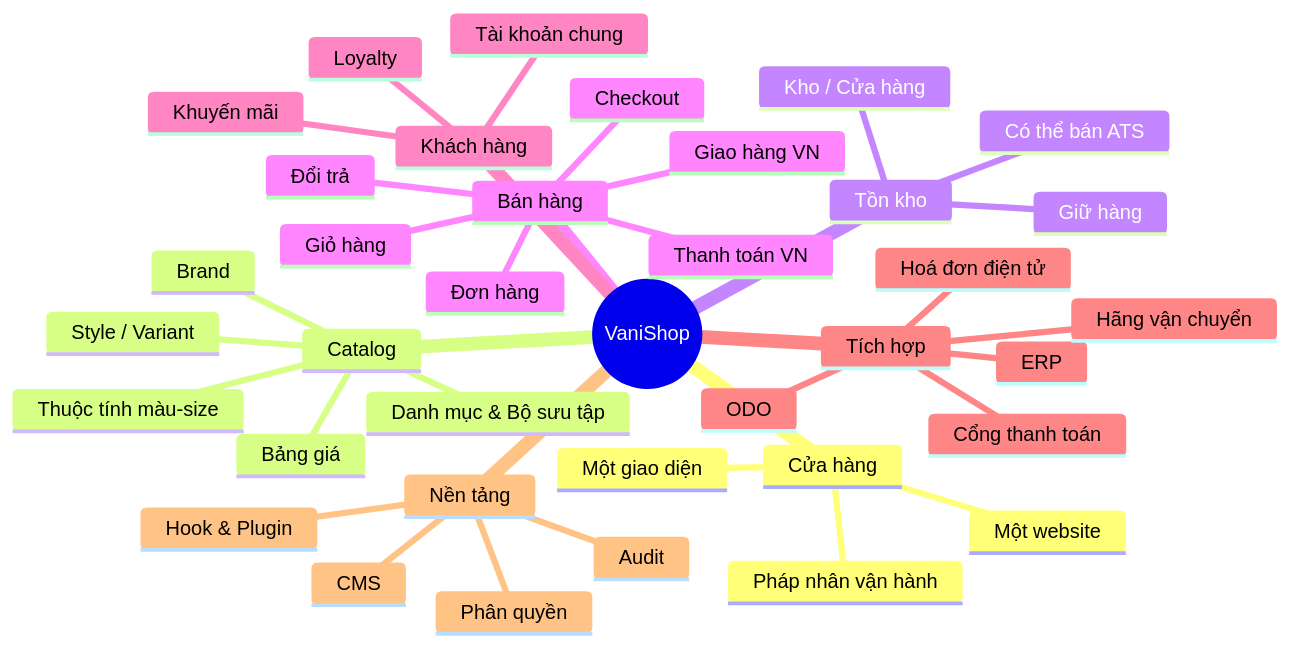
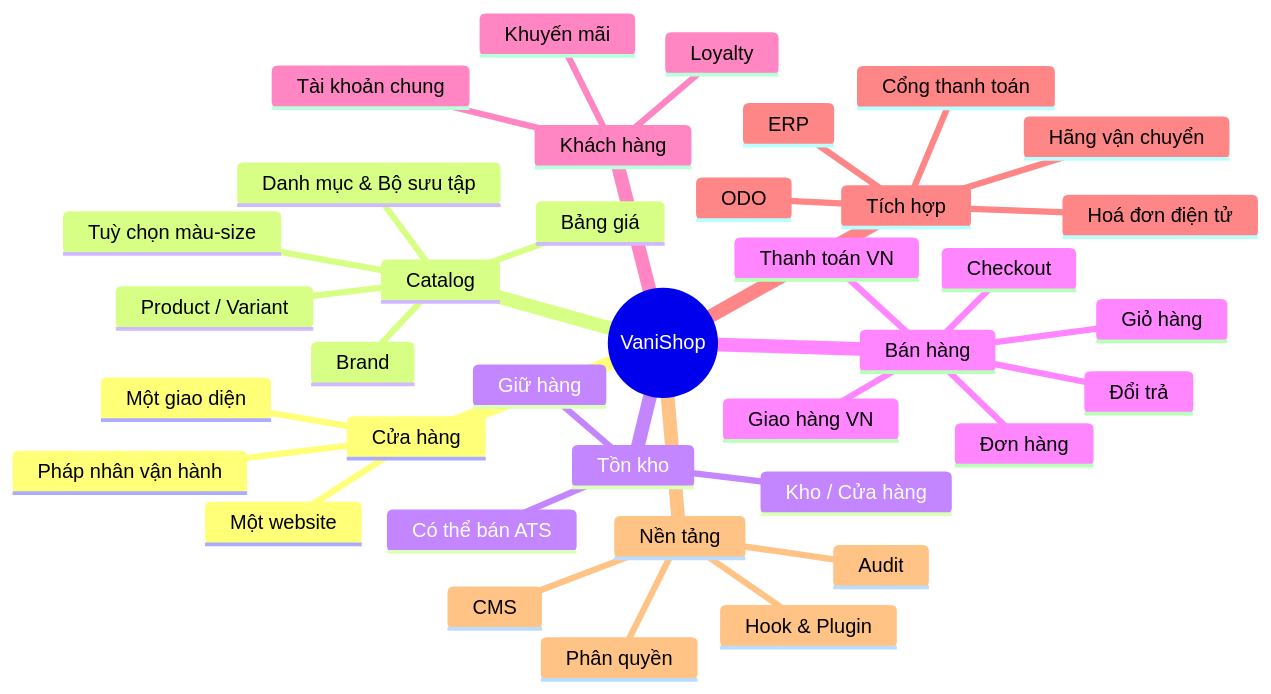
Before and after one commit to ptdat97/vanishop: the second of 2 diagrams in docs/00-overview/vision.md, drawn with Mermaid. The commit also changed other lines of this file and 355 other files, not shown here.

````diff
--- a/docs/00-overview/vision.md
+++ b/docs/00-overview/vision.md
@@ -138,40 +138,40 @@
 ```mermaid
 mindmap
   root((VaniShop))
     Cửa hàng
       Pháp nhân vận hành
       Một website
       Một giao diện
     Catalog
       Brand
-      Style / Variant
-      Thuộc tính màu-size
+      Product / Variant
+      Tuỳ chọn màu-size
       Danh mục & Bộ sưu tập
       Bảng giá
     Tồn kho
       Kho / Cửa hàng
       Giữ hàng
       Có thể bán ATS
     Bán hàng
       Giỏ hàng
       Checkout
       Đơn hàng
       Thanh toán VN
       Giao hàng VN
       Đổi trả
     Khách hàng
       Tài khoản chung
       Loyalty
       Khuyến mãi
     Tích hợp
       ODO
       ERP
       Hãng vận chuyển
       Cổng thanh toán
       Hoá đơn điện tử
     Nền tảng
       Hook & Plugin
       Phân quyền
       Audit
       CMS
 ```
````
